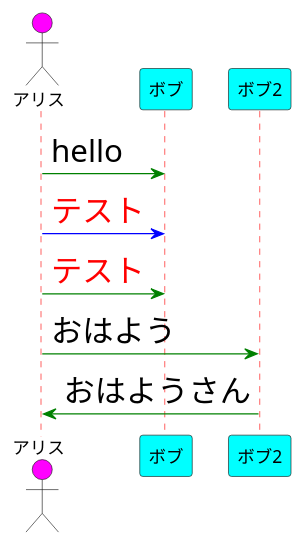
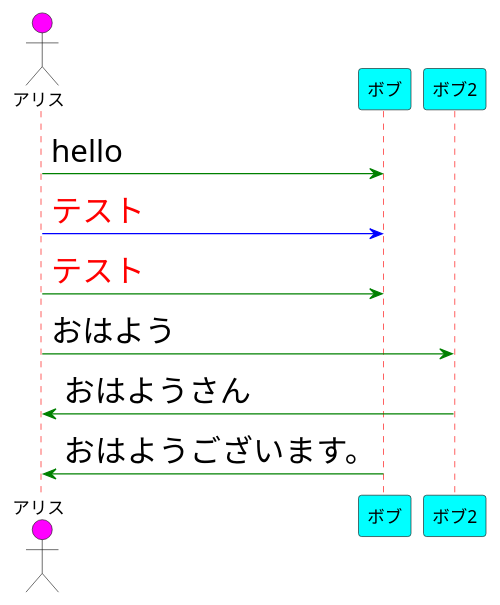
One commit to uemura4161/gitTest3 changed the diagram in style.pu. Above: the diagram before and after it, drawn with PlantUML.

Commit message:
ボブの挨拶追加

```diff
--- a/style.pu
+++ b/style.pu
@@ -1,48 +1,50 @@
 @startuml
  
 ' 棒人間を当てる場合はactorを使います
 actor アリス #ff00ff
 participant ボブ #00ffff
 
 participant ボブ2 #00ffff
 
 ' デザイン定義
 ' 共通する内容
 skinparam {
     backgroundColor white
     defaultFontName "Consolas,メイリオ"
 }
 ' ⇑　defaultFontNameの使い方を間違えると日本語がおかしくなる
 ' NG: defaultFontName Consolas,メイリオ
  
 ' シーケンス図に関するデザイン定義
 skinparam sequence {
     ' オブジェクト
     ParticipantBorderColor black
     ParticipantBackgroundColor white
     PartitionFontSize 15
     PartitionFontStyle bold
 
     ArrowFontSize 25
  
     ' 矢印
     ArrowColor green
  
     ' 棒人間
     ActorBorderColor Yellow
  
     ' ライフライン（縦棒）
     LifeLineBorderColor red
 }
  
 
 ' 作図コード
 アリス -> ボブ : hello
 アリス [#0000ff]-> ボブ : <color:red>テスト
 アリス -> ボブ : <color:red>テスト
 
 アリス -> ボブ2 : おはよう
 
 ボブ2 -> アリス : おはようさん
 
+ボブ -> アリス : おはようございます。
+
 @enduml
```
